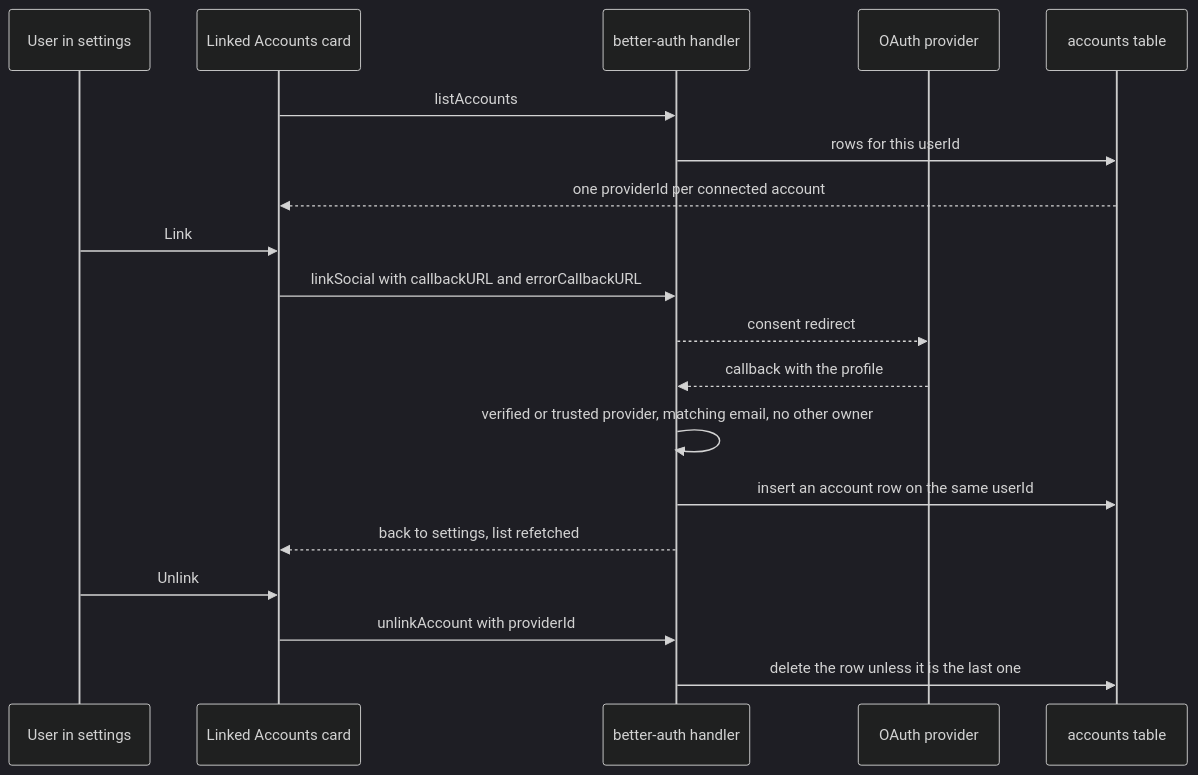
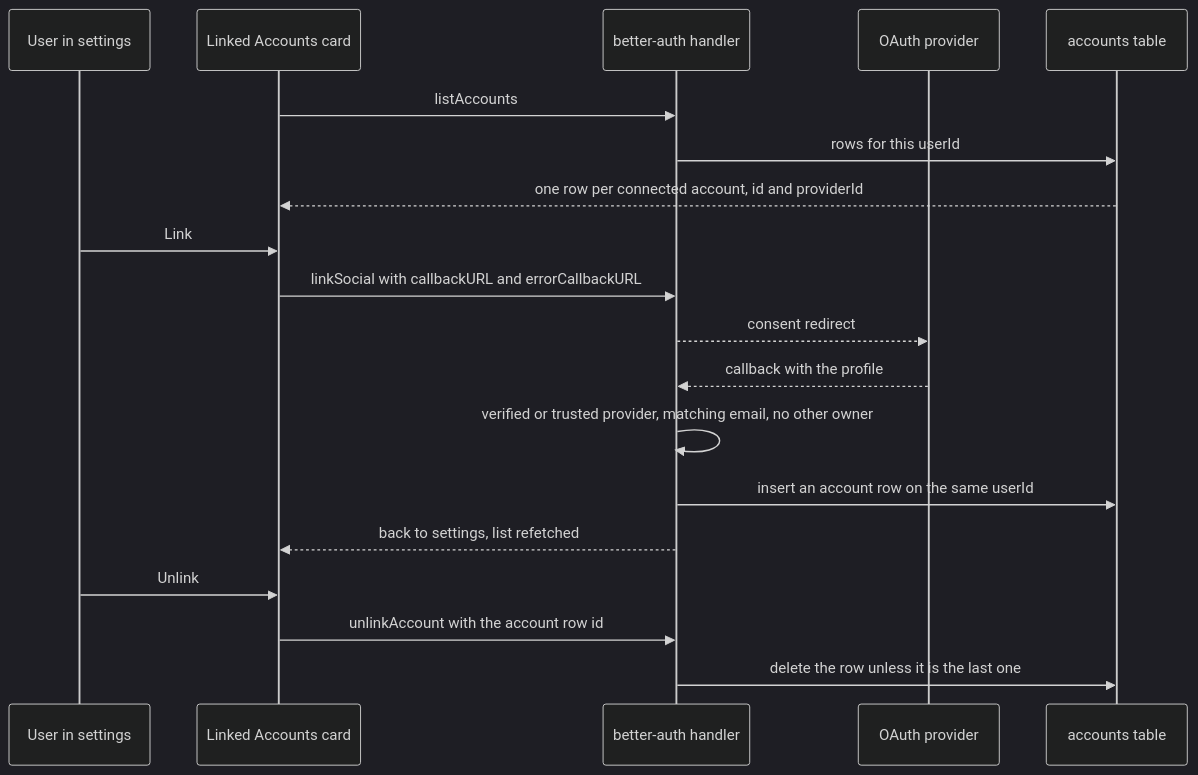
Before and after one commit to Esposter/Esposter: the diagram in packages/app/content/docs/users/account-linking.md, drawn with Mermaid (dark theme). The commit also changed 16 other files, not shown here.

````diff
--- a/packages/app/content/docs/users/account-linking.md
+++ b/packages/app/content/docs/users/account-linking.md
@@ -33,22 +33,22 @@
 ```mermaid
 sequenceDiagram
   participant U as User in settings
   participant S as Linked Accounts card
   participant BA as better-auth handler
   participant P as OAuth provider
   participant DB as accounts table
 
   S->>BA: listAccounts
   BA->>DB: rows for this userId
-  DB-->>S: one providerId per connected account
+  DB-->>S: one row per connected account, id and providerId
   U->>S: Link
   S->>BA: linkSocial with callbackURL and errorCallbackURL
   BA-->>P: consent redirect
   P-->>BA: callback with the profile
   BA->>BA: verified or trusted provider, matching email, no other owner
   BA->>DB: insert an account row on the same userId
   BA-->>S: back to settings, list refetched
   U->>S: Unlink
-  S->>BA: unlinkAccount with providerId
+  S->>BA: unlinkAccount with the account row id
   BA->>DB: delete the row unless it is the last one
 ```
````
